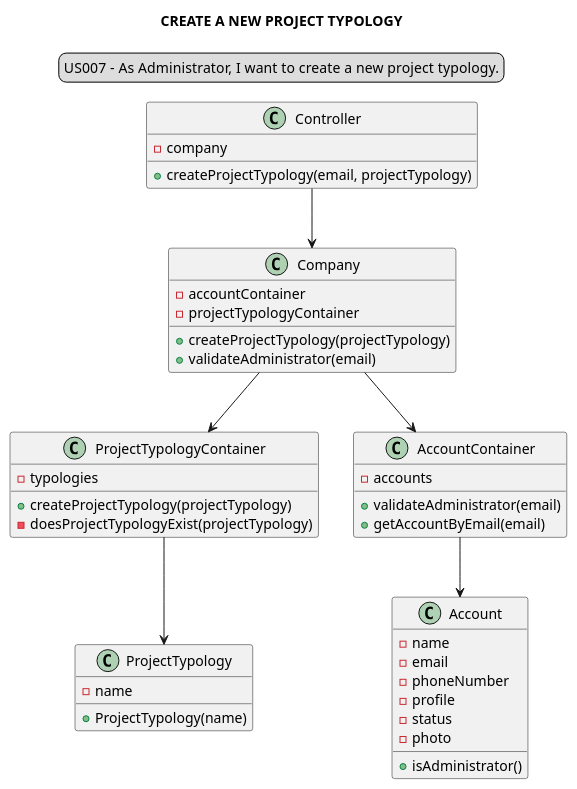
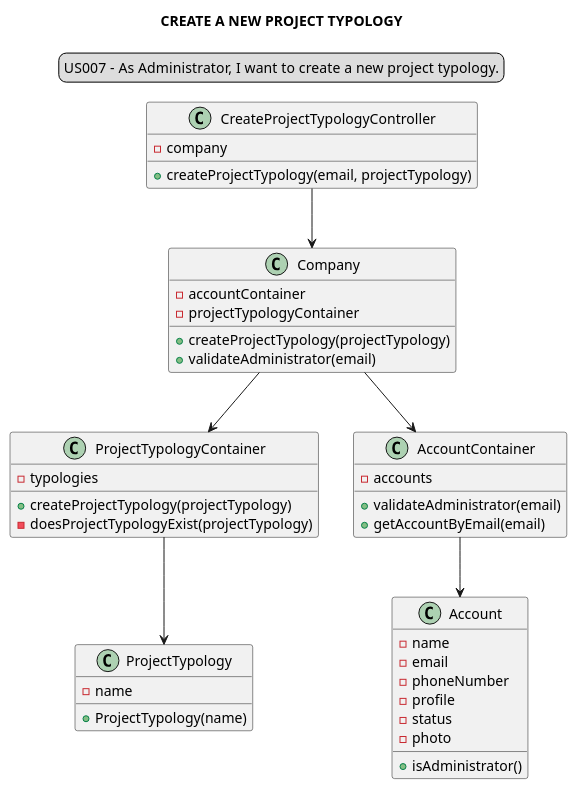
Before and after one commit to Loracline/project_switch_22-23: the diagram in docs/modelling_design/user_stories/sprint02/us007/US007_classDiagram.puml, drawn with PlantUML. The commit also changed 2 other files, not shown here.

Commit message:
US007: Development : update classes names  ProjectTypologyController to CreateProjectTypologyController and ProjectTypologyControllerTest to CreateProjectTypologyControllerTest. Update US007 SD and CD

```diff
--- a/docs/modelling_design/user_stories/sprint02/us007/US007_classDiagram.puml
+++ b/docs/modelling_design/user_stories/sprint02/us007/US007_classDiagram.puml
@@ -1,50 +1,50 @@
 @startuml
 
 legend top
 US007 -  As Administrator, I want to create a new project typology.
 end legend
 skinparam sequenceMessageAlign center
 title CREATE A NEW PROJECT TYPOLOGY
 
-"Controller" --> "Company"
+"CreateProjectTypologyController" --> "Company"
 "Company" --> "ProjectTypologyContainer"
 "Company" --> "AccountContainer"
 "ProjectTypologyContainer" --> "ProjectTypology"
 "AccountContainer" --> "Account"
 
-class "Controller" {
+class "CreateProjectTypologyController" {
 - company
 +createProjectTypology(email, projectTypology)
 }
 class "Company" {
 -accountContainer
 -projectTypologyContainer
 +createProjectTypology(projectTypology)
 +validateAdministrator(email)
 }
 class "ProjectTypologyContainer"{
 -typologies
 +createProjectTypology(projectTypology)
 -doesProjectTypologyExist(projectTypology)
 }
 class "AccountContainer"{
 -accounts
 +validateAdministrator(email)
 +getAccountByEmail(email)
 }
 class "ProjectTypology"{
 -name
 +ProjectTypology(name)
 }
 
 class "Account"{
 -name
 -email
 -phoneNumber
 -profile
 -status
 -photo
 +isAdministrator()
 }
 
 @enduml
```
